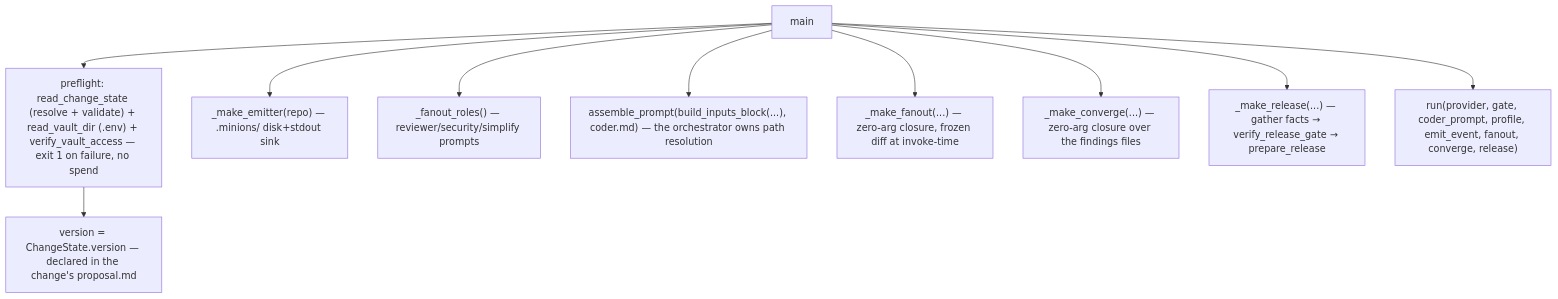
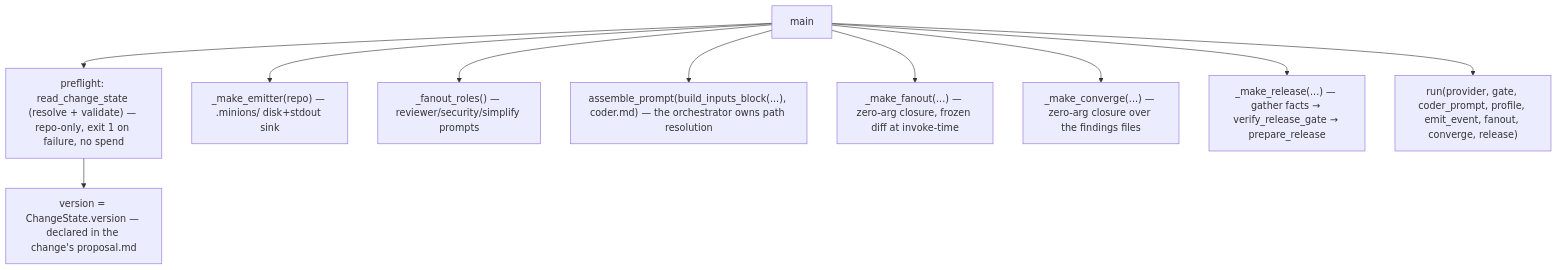
One commit to alxb1t/minionsfactory changed the diagram in docs/modules/main.md. Above: the diagram before and after it, drawn with Mermaid. The commit also changed other lines of this file and 14 other files, not shown here.

````diff
--- a/docs/modules/main.md
+++ b/docs/modules/main.md
@@ -37,12 +36,12 @@
 ```mermaid
 flowchart TD
-    main --> pre["preflight: read_change_state (resolve + validate) + read_vault_dir (.env) + verify_vault_access — exit 1 on failure, no spend"]
+    main --> pre["preflight: read_change_state (resolve + validate) — repo-only, exit 1 on failure, no spend"]
     main --> emit["_make_emitter(repo) — .minions/ disk+stdout sink"]
     pre --> ver["version = ChangeState.version — declared in the change's proposal.md"]
     main --> roles["_fanout_roles() — reviewer/security/simplify prompts"]
     main --> cp["assemble_prompt(build_inputs_block(...), coder.md) — the orchestrator owns path resolution"]
     main --> fo["_make_fanout(...) — zero-arg closure, frozen diff at invoke-time"]
     main --> cv["_make_converge(...) — zero-arg closure over the findings files"]
     main --> rel["_make_release(...) — gather facts → verify_release_gate → prepare_release"]
     main --> run["run(provider, gate, coder_prompt, profile, emit_event, fanout, converge, release)"]
 ```
````
